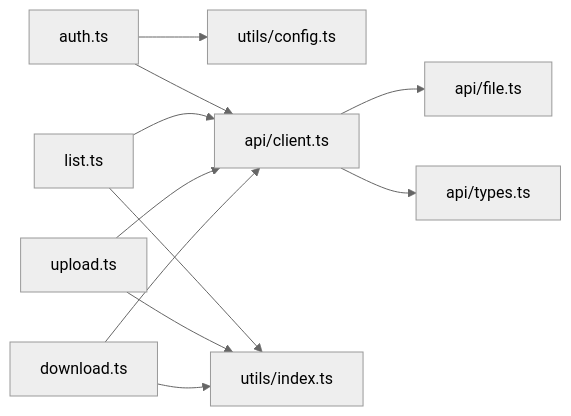
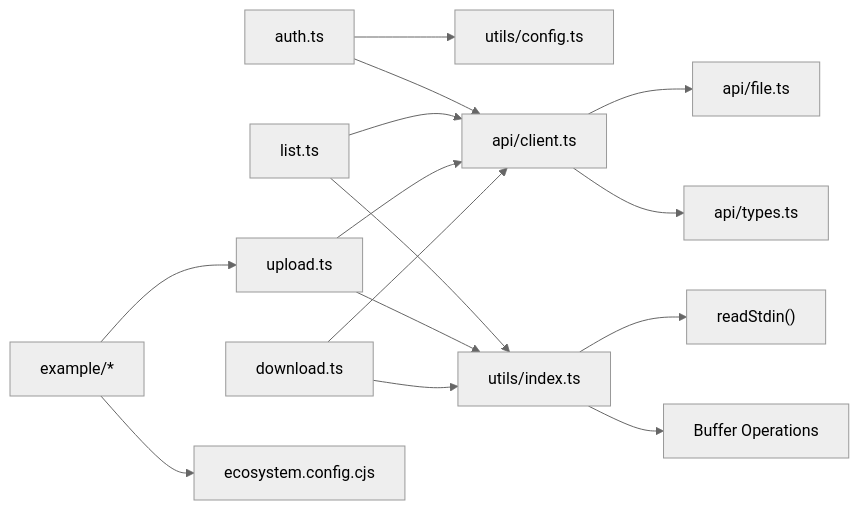
The third of 3 diagrams in .qoder/repowiki/en/content/Command Reference/Command Reference.md (yuexiaoliang/baiduwangpan-manager), drawn with Mermaid (neutral theme) before and after one commit. The commit also changed other lines of this file and 30 other files, not shown here.

````diff
--- a/.qoder/repowiki/en/content/Command Reference/Command Reference.md
+++ b/.qoder/repowiki/en/content/Command Reference/Command Reference.md
@@ -295,13 +373,17 @@
 ```mermaid
 graph LR
 Auth["auth.ts"] --> Cfg["utils/config.ts"]
 Auth --> Client["api/client.ts"]
 List["list.ts"] --> Client
 List --> Utils["utils/index.ts"]
 Upload["upload.ts"] --> Client
 Upload --> Utils
 Download["download.ts"] --> Client
 Download --> Utils
 Client --> FileAPI["api/file.ts"]
 Client --> Types["api/types.ts"]
+Utils --> Stdin["readStdin()"]
+Utils --> BufferOps["Buffer Operations"]
+Examples["example/*"] --> Upload
+Examples --> PM2["ecosystem.config.cjs"]
 ```
````
